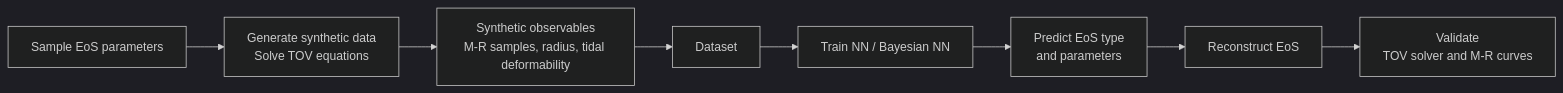
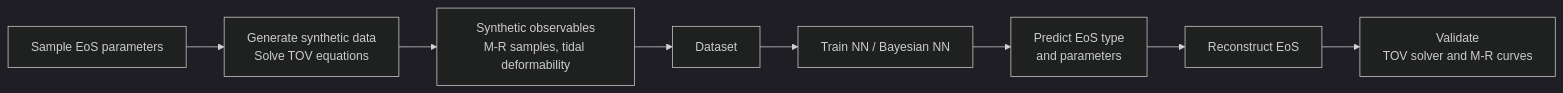
Before and after one commit to spiderisospin/neutron-star-eos-inference: the diagram in README.md, drawn with Mermaid (dark theme). The commit also changed other lines of this file, not shown here.

````diff
--- a/README.md
+++ b/README.md
@@ -31,10 +25,10 @@
 ```mermaid
 flowchart LR
     A[Sample EoS parameters] --> B[Generate synthetic data<br/>Solve TOV equations]
-    B --> C[Synthetic observables<br/>M-R samples, radius, tidal deformability]
+    B --> C[Synthetic observables<br/>M-R samples, tidal deformability]
     C --> D[Dataset]
     D --> E[Train NN / Bayesian NN]
     E --> F[Predict EoS type<br/>and parameters]
     F --> G[Reconstruct EoS]
     G --> H[Validate<br/>TOV solver and M-R curves]
 ```
````
